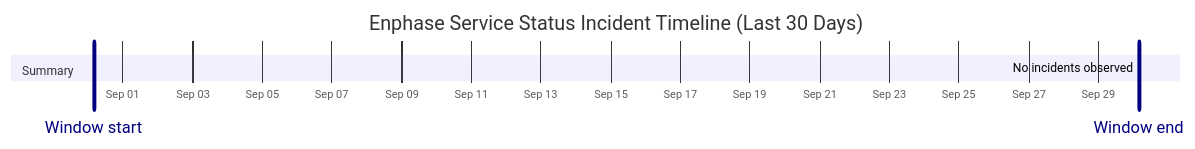
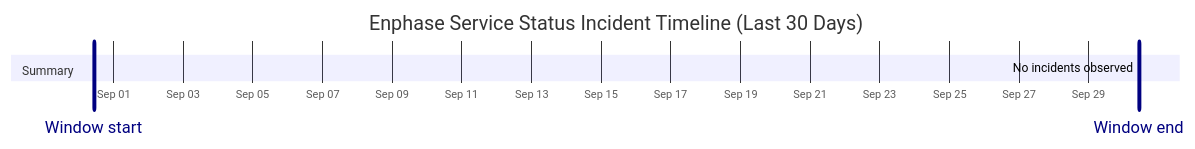
Before and after one commit to barneyonline/ha-enphase-energy: the diagram in wiki/Service-Status-History.md, drawn with Mermaid. The commit also changed other lines of this file and 3 other files, not shown here.

````diff
--- a/wiki/Service-Status-History.md
+++ b/wiki/Service-Status-History.md
@@ -14,10 +14,10 @@
 ```mermaid
 gantt
     title Enphase Service Status Incident Timeline (Last 30 Days)
     dateFormat  YYYY-MM-DDTHH:mm:ss
     axisFormat  %b %d
-    Window start :vert, window-start, 2026-08-31T04:04:29, 0ms
-    Window end :vert, window-end, 2026-09-30T04:04:29, 0ms
+    Window start :vert, window-start, 2026-08-31T10:37:44, 0ms
+    Window end :vert, window-end, 2026-09-30T10:37:44, 0ms
     section Summary
-    No incidents observed :done, 2026-09-30T04:04:29, 1m
+    No incidents observed :done, 2026-09-30T10:37:44, 1m
 ```
````
